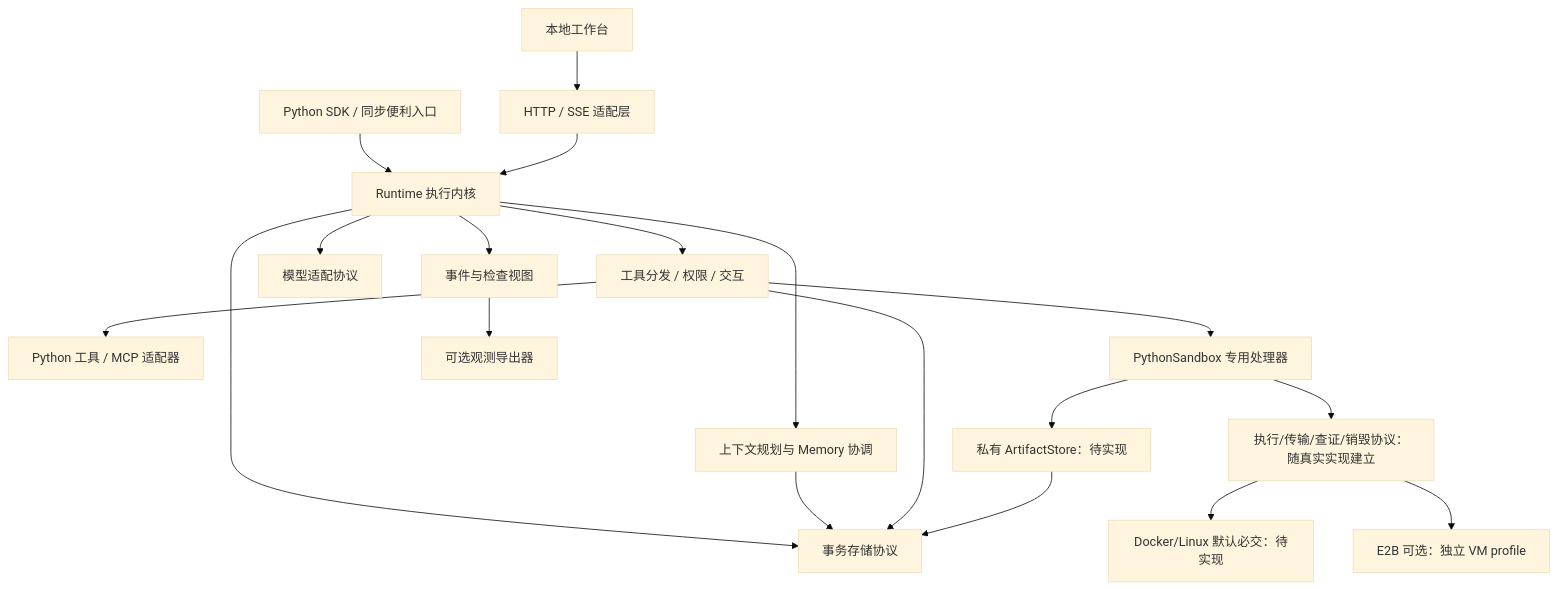
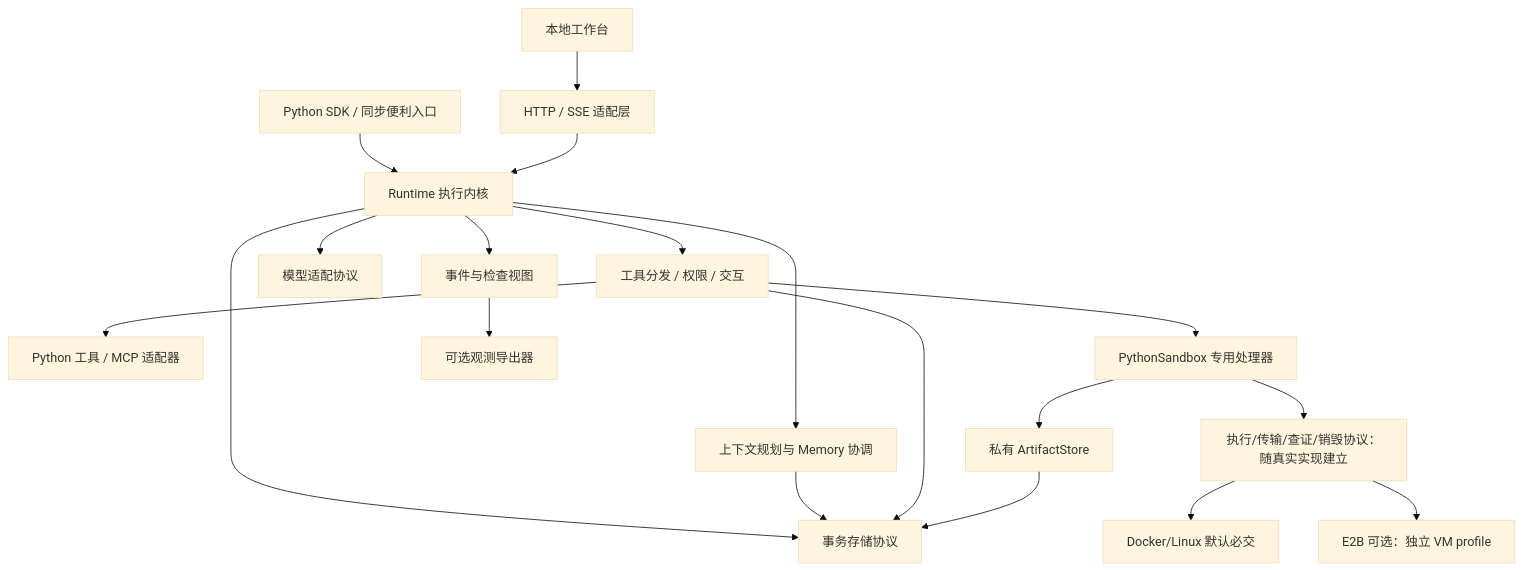
One commit to drov-ai/drov changed the diagram in docs/planning/architecture.md. Above: the diagram before and after it, drawn with Mermaid (base theme). The commit also changed other lines of this file and 42 other files, not shown here.

````diff
--- a/docs/planning/architecture.md
+++ b/docs/planning/architecture.md
@@ -19,21 +19,21 @@
 ```mermaid
 flowchart TD
     SDK[Python SDK / 同步便利入口] --> R[Runtime 执行内核]
     UI[本地工作台] --> HTTP[HTTP / SSE 适配层]
     HTTP --> R
     R --> C[上下文规划与 Memory 协调]
     R --> T[工具分发 / 权限 / 交互]
     R --> P[模型适配协议]
     R --> S[事务存储协议]
     R --> E[事件与检查视图]
     C --> S
     T --> S
     T --> EXT[Python 工具 / MCP 适配器]
     T --> SB[PythonSandbox 专用处理器]
     SB --> BP[执行/传输/查证/销毁协议：随真实实现建立]
-    BP --> DB[Docker/Linux 默认必交：待实现]
+    BP --> DB[Docker/Linux 默认必交]
     BP --> CB[E2B 可选：独立 VM profile]
-    SB --> AS[私有 ArtifactStore：待实现]
+    SB --> AS[私有 ArtifactStore]
     AS --> S
     E --> O[可选观测导出器]
 ```
````
